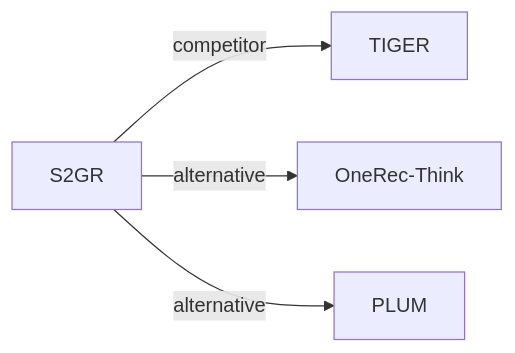
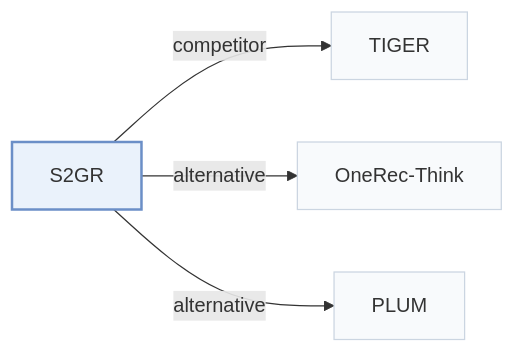
Before and after one commit to Galaxy-ghost/Awesome-SID-Generative-Rec: the third of 3 diagrams in pages/papers/s2gr.md, drawn with Mermaid. The commit also changed other lines of this file and 649 other files, not shown here.

Commit message:
writer-05: also tags and modality index (schema, check, build, visuals); summary field removed; calibration data for 12 papers

````diff
--- a/pages/papers/s2gr.md
+++ b/pages/papers/s2gr.md
@@ -129,7 +135,11 @@
 ```mermaid
 flowchart LR
     P["S2GR"]
-    P -->|competitor| A["TIGER"]
-    P -->|alternative| B["OneRec-Think"]
-    P -->|alternative| C["PLUM"]
+    P -->|"competitor"| A["TIGER"]
+    P -->|"alternative"| B["OneRec-Think"]
+    P -->|"alternative"| C["PLUM"]
+    classDef main fill:#eaf2fb,stroke:#6b8fc7,stroke-width:2px
+    classDef peer fill:#f8fafc,stroke:#cbd5e1
+    class P main
+    class A,B,C peer
 ```
````
